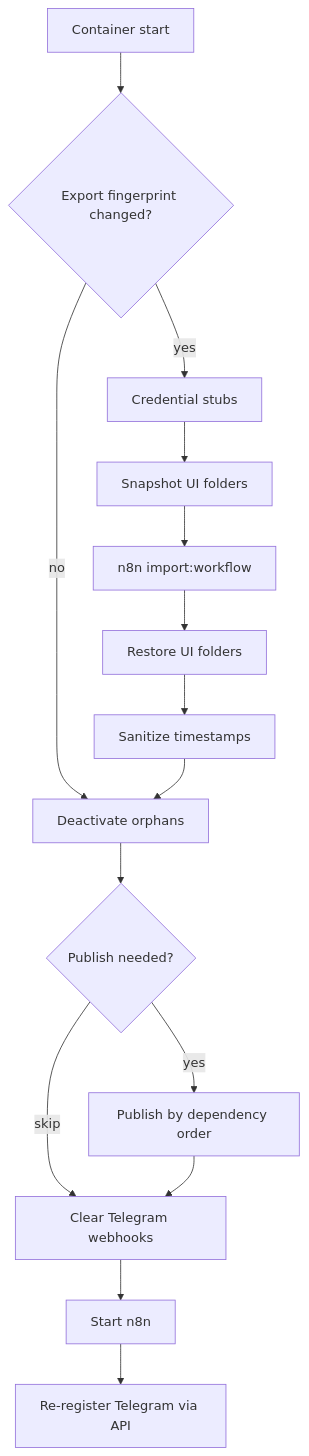
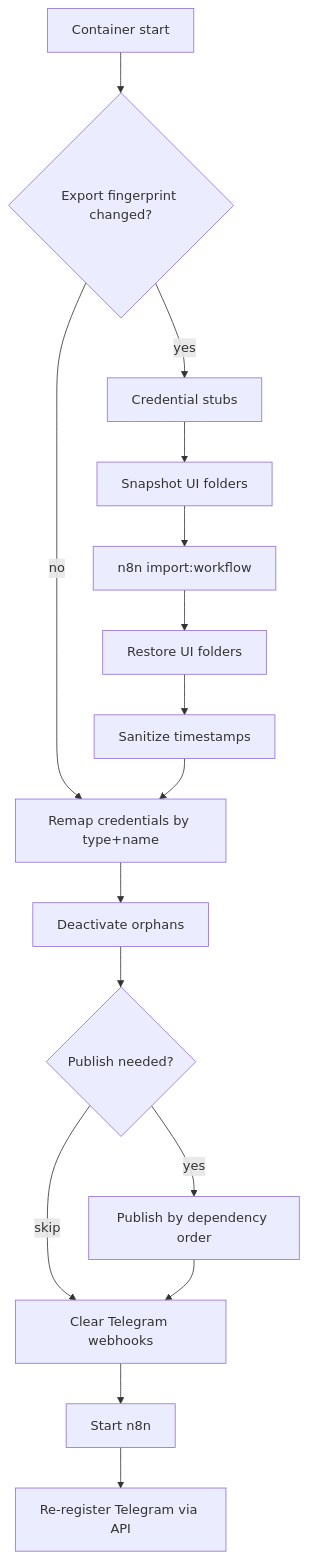
One commit to olegfour3/n8n-auto-import changed the diagram in README.md. Above: the diagram before and after it, drawn with Mermaid. The commit also changed other lines of this file, not shown here.

````diff
--- a/README.md
+++ b/README.md
@@ -55,17 +57,18 @@
 ```mermaid
 flowchart TD
   start[Container start] --> fp{Export fingerprint changed?}
-  fp -->|no| orphans[Deactivate orphans]
+  fp -->|no| remap[Remap credentials by type+name]
   fp -->|yes| stubs[Credential stubs]
   stubs --> foldersSnap[Snapshot UI folders]
   foldersSnap --> importCLI["n8n import:workflow"]
   importCLI --> foldersRestore[Restore UI folders]
   foldersRestore --> sanitize[Sanitize timestamps]
-  sanitize --> orphans
+  sanitize --> remap
+  remap --> orphans[Deactivate orphans]
   orphans --> publishNeeded{Publish needed?}
   publishNeeded -->|skip| tgClear[Clear Telegram webhooks]
   publishNeeded -->|yes| publishBatch[Publish by dependency order]
   publishBatch --> tgClear
   tgClear --> n8nStart[Start n8n]
   n8nStart --> tgReregister[Re-register Telegram via API]
 ```
````
